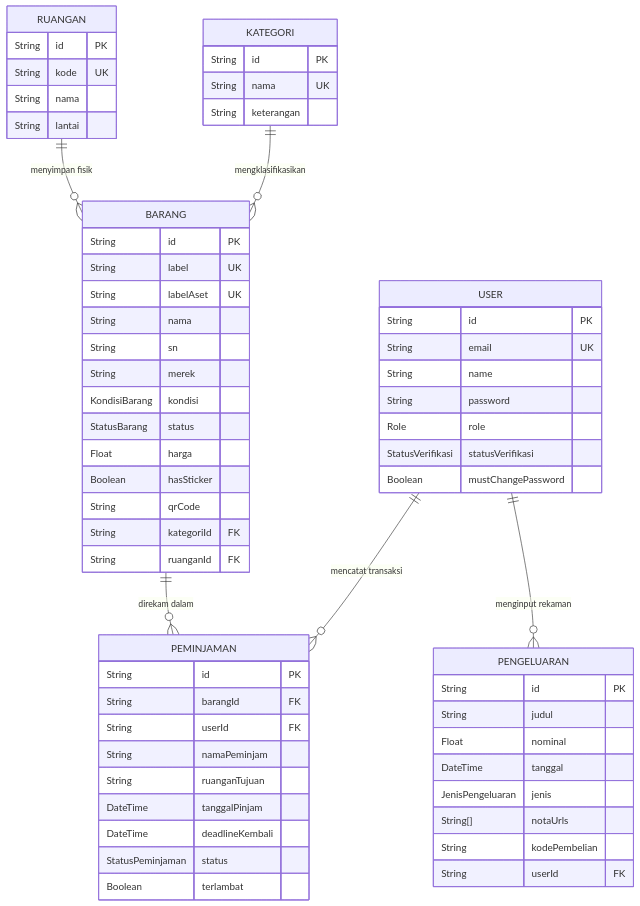
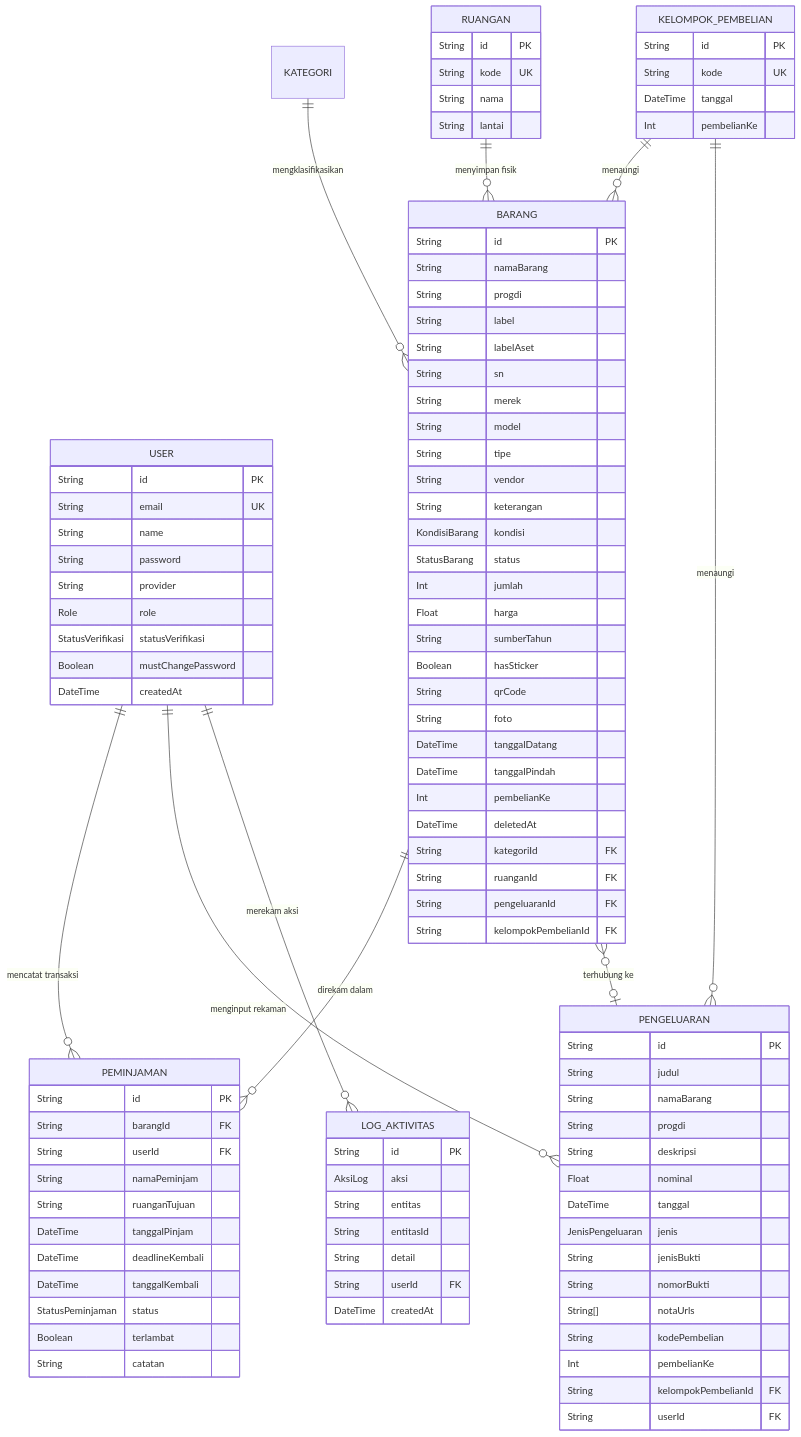
One commit to ChaserHades/fti-uksw changed the diagram in docs/Laporan_Kerja.md. Above: the diagram before and after it, drawn with Mermaid. The commit also changed other lines of this file and 17 other files, not shown here.

````diff
--- a/docs/Laporan_Kerja.md
+++ b/docs/Laporan_Kerja.md
@@ -71,24 +120,24 @@
 erDiagram
     USER ||--o{ PEMINJAMAN : "mencatat transaksi"
     USER ||--o{ PENGELUARAN : "menginput rekaman"
+    USER ||--o{ LOG_AKTIVITAS : "merekam aksi"
     KATEGORI ||--o{ BARANG : "mengklasifikasikan"
     RUANGAN ||--o{ BARANG : "menyimpan fisik"
     BARANG ||--o{ PEMINJAMAN : "direkam dalam"
+    KELOMPOK_PEMBELIAN ||--o{ BARANG : "menaungi"
+    KELOMPOK_PEMBELIAN ||--o{ PENGELUARAN : "menaungi"
+    BARANG }o--o| PENGELUARAN : "terhubung ke"
 
     USER {
         String id PK
         String email UK
         String name
         String password
+        String provider
         Role role
         StatusVerifikasi statusVerifikasi
         Boolean mustChangePassword
-    }
-
-    KATEGORI {
-        String id PK
-        String nama UK
-        String keterangan
+        DateTime createdAt
     }
 
     RUANGAN {
@@ -100,18 +149,32 @@
 
     BARANG {
         String id PK
-        String label UK
-        String labelAset UK
-        String nama
+        String namaBarang
+        String progdi
+        String label
+        String labelAset
         String sn
         String merek
+        String model
+        String tipe
+        String vendor
+        String keterangan
         KondisiBarang kondisi
         StatusBarang status
+        Int jumlah
         Float harga
+        String sumberTahun
         Boolean hasSticker
         String qrCode
+        String foto
+        DateTime tanggalDatang
+        DateTime tanggalPindah
+        Int pembelianKe
+        DateTime deletedAt
         String kategoriId FK
         String ruanganId FK
+        String pengeluaranId FK
+        String kelompokPembelianId FK
     }
 
     PEMINJAMAN {
@@ -122,18 +185,44 @@
         String ruanganTujuan
         DateTime tanggalPinjam
         DateTime deadlineKembali
+        DateTime tanggalKembali
         StatusPeminjaman status
         Boolean terlambat
+        String catatan
     }
 
     PENGELUARAN {
         String id PK
         String judul
+        String namaBarang
+        String progdi
+        String deskripsi
         Float nominal
         DateTime tanggal
         JenisPengeluaran jenis
+        String jenisBukti
+        String nomorBukti
         String[] notaUrls
         String kodePembelian
+        Int pembelianKe
+        String kelompokPembelianId FK
         String userId FK
     }
+
+    KELOMPOK_PEMBELIAN {
+        String id PK
+        String kode UK
+        DateTime tanggal
+        Int pembelianKe
+    }
+
+    LOG_AKTIVITAS {
+        String id PK
+        AksiLog aksi
+        String entitas
+        String entitasId
+        String detail
+        String userId FK
+        DateTime createdAt
+    }
 ```
````
